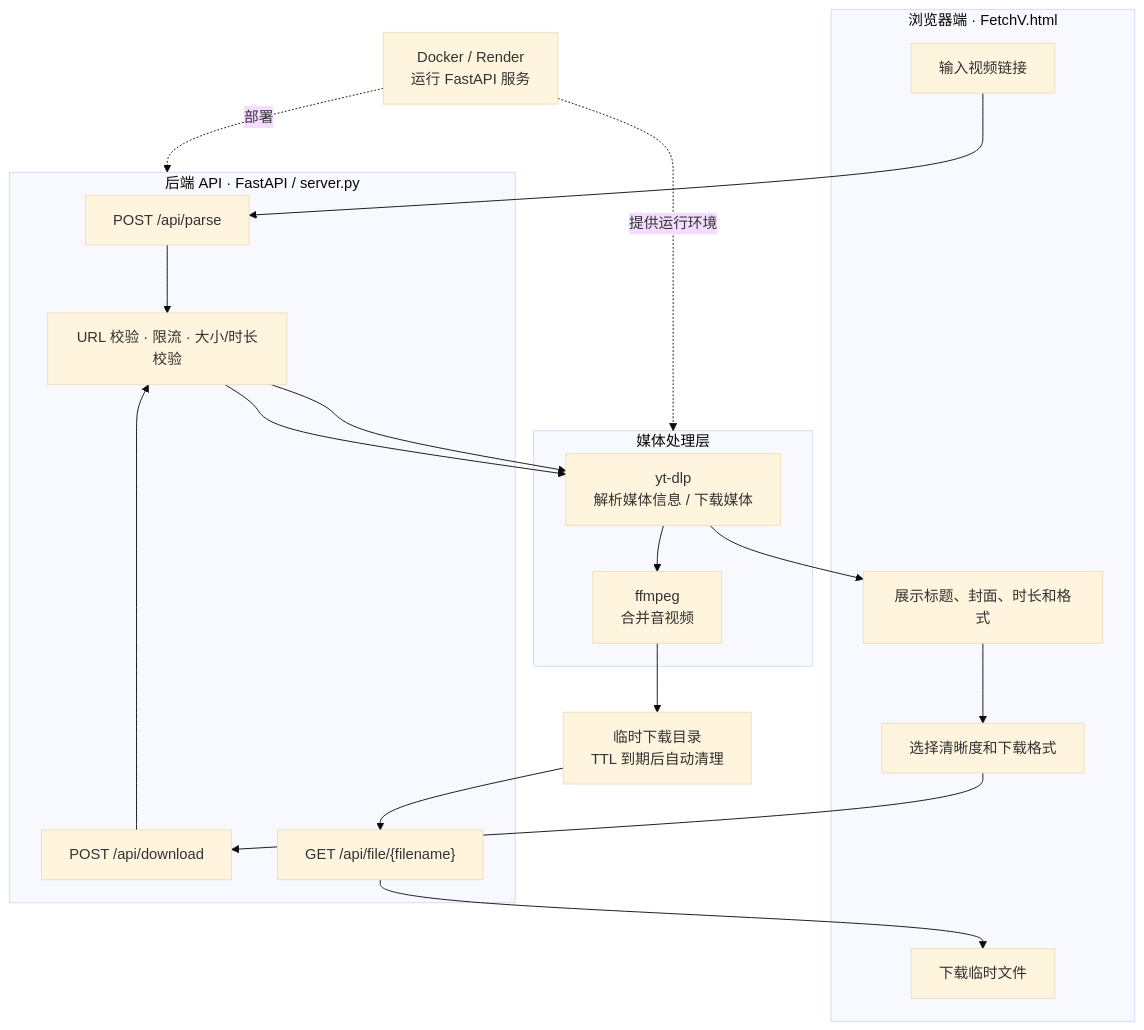
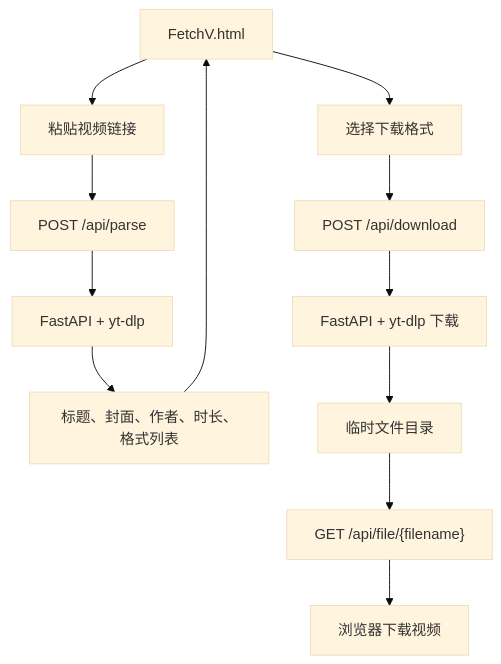
Before and after one commit to mayikanga/fetchv: the diagram in README.md, drawn with Mermaid (base theme).

Commit message:
统一 README 架构图

````diff
--- a/README.md
+++ b/README.md
@@ -24,39 +24,14 @@
 ```mermaid
-flowchart TB
-    subgraph Browser["浏览器端 · FetchV.html"]
-        Input["输入视频链接"]
-        Result["展示标题、封面、时长和格式"]
-        Select["选择清晰度和下载格式"]
-        Save["下载临时文件"]
-    end
-
-    subgraph API["后端 API · FastAPI / server.py"]
-        Parse["POST /api/parse"]
-        Download["POST /api/download"]
-        File["GET /api/file/{filename}"]
-        Guard["URL 校验 · 限流 · 大小/时长校验"]
-    end
-
-    subgraph Media["媒体处理层"]
-        YTDLP["yt-dlp<br/>解析媒体信息 / 下载媒体"]
-        FFmpeg["ffmpeg<br/>合并音视频"]
-    end
-
-    Temp["临时下载目录<br/>TTL 到期后自动清理"]
-    Platform["Docker / Render<br/>运行 FastAPI 服务"]
-
-    Input --> Parse
-    Parse --> Guard
-    Guard --> YTDLP
-    YTDLP --> Result
-    Result --> Select
-    Select --> Download
-    Download --> Guard
-    Guard --> YTDLP
-    YTDLP --> FFmpeg
-    FFmpeg --> Temp
-    Temp --> File
-    File --> Save
-    Platform -.部署.-> API
-    Platform -.提供运行环境.-> Media
+flowchart TD
+  A["FetchV.html"] --> B["粘贴视频链接"]
+  B --> C["POST /api/parse"]
+  C --> D["FastAPI + yt-dlp"]
+  D --> E["标题、封面、作者、时长、格式列表"]
+  E --> A
+  A --> F["选择下载格式"]
+  F --> G["POST /api/download"]
+  G --> H["FastAPI + yt-dlp 下载"]
+  H --> I["临时文件目录"]
+  I --> J["GET /api/file/{filename}"]
+  J --> K["浏览器下载视频"]
 ```
````
